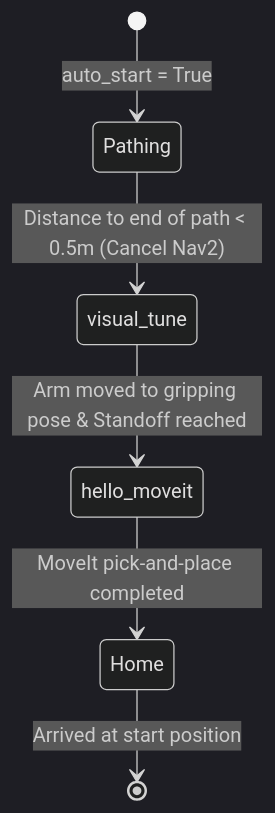
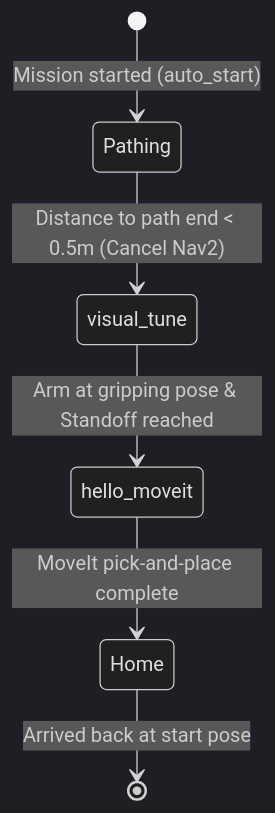
The second of 2 diagrams in README.md (1BarBar1/WarthogController), drawn with Mermaid (dark theme) before and after one commit. The commit also changed other lines of this file, not shown here.

````diff
--- a/README.md
+++ b/README.md
@@ -98,8 +51,8 @@
 ```mermaid
 stateDiagram-v2
-    [*] --> Pathing: auto_start = True
-    Pathing --> visual_tune: Distance to end of path < 0.5m (Cancel Nav2)
-    visual_tune --> hello_moveit: Arm moved to gripping pose & Standoff reached
-    hello_moveit --> Home: MoveIt pick-and-place completed
-    Home --> [*]: Arrived at start position
+    [*] --> Pathing: Mission started (auto_start)
+    Pathing --> visual_tune: Distance to path end < 0.5m (Cancel Nav2)
+    visual_tune --> hello_moveit: Arm at gripping pose & Standoff reached
+    hello_moveit --> Home: MoveIt pick-and-place complete
+    Home --> [*]: Arrived back at start pose
 ```
````
